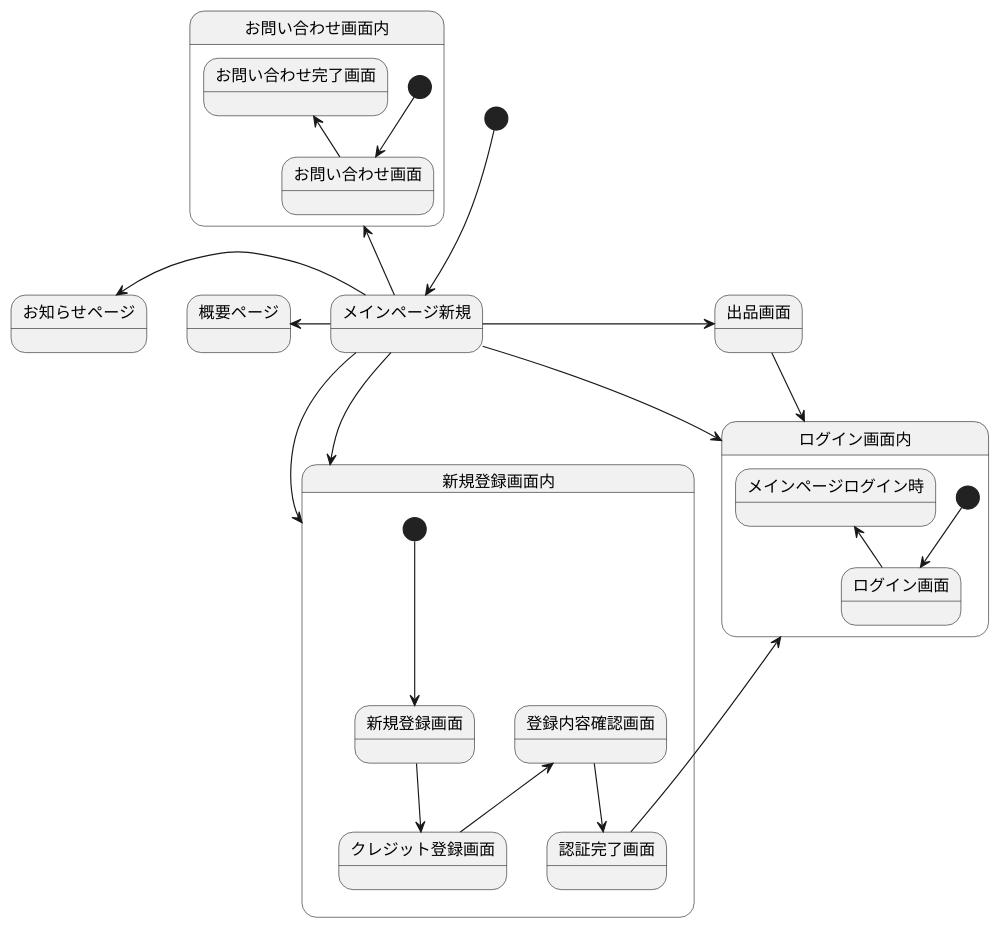
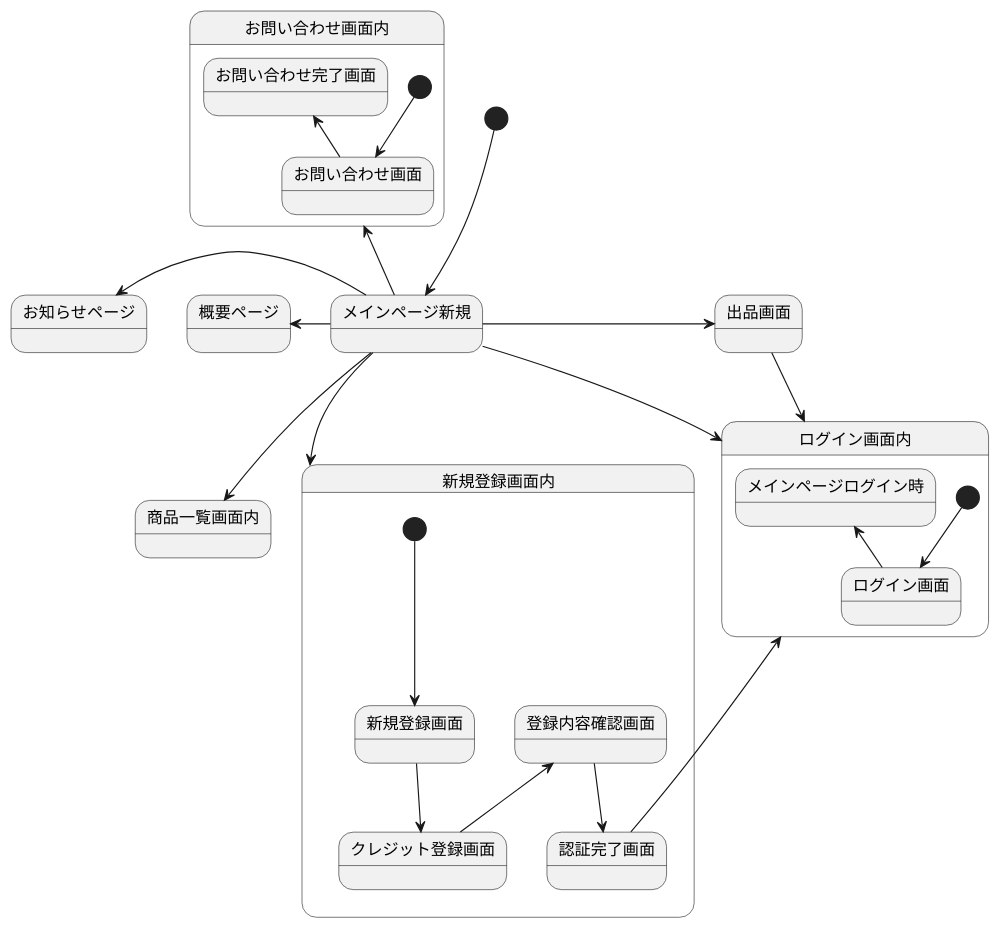
The diagram in 画面遷移図.md (Aso2001147/2021SystemDesign), drawn with PlantUML before and after one commit.

````diff
--- a/画面遷移図.md
+++ b/画面遷移図.md
@@ -1,34 +1,34 @@
 ```uml
 @startuml
 [*] --> メインページ新規
 メインページ新規 -left-> 概要ページ
 メインページ新規 -up-> お問い合わせ画面内
 メインページ新規 -left-> お知らせページ
 メインページ新規 --> ログイン画面内
-メインページ新規 --> 新規登録画面内
+メインページ新規 --> 商品一覧画面内
 メインページ新規 --> 新規登録画面内
 メインページ新規 -> 出品画面
 出品画面 -> ログイン画面内
 
 
 
 state 新規登録画面内{
 [*] --> 新規登録画面
 新規登録画面 -down-> クレジット登録画面
 クレジット登録画面 -up-> 登録内容確認画面
 登録内容確認画面 -down-> 認証完了画面
 認証完了画面 -up-> ログイン画面内
 }
 
 state ログイン画面内{
 [*] -down-> ログイン画面
 ログイン画面 -up-> メインページログイン時
 }
 
 state お問い合わせ画面内{
 [*] -down-> お問い合わせ画面
 お問い合わせ画面 -up-> お問い合わせ完了画面
 }
 
 @enduml
 ```
````
